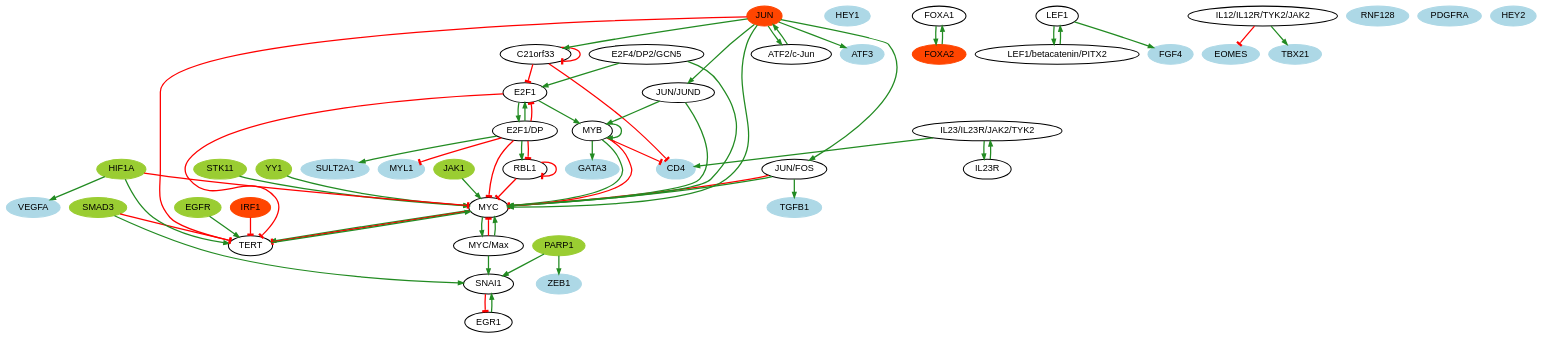
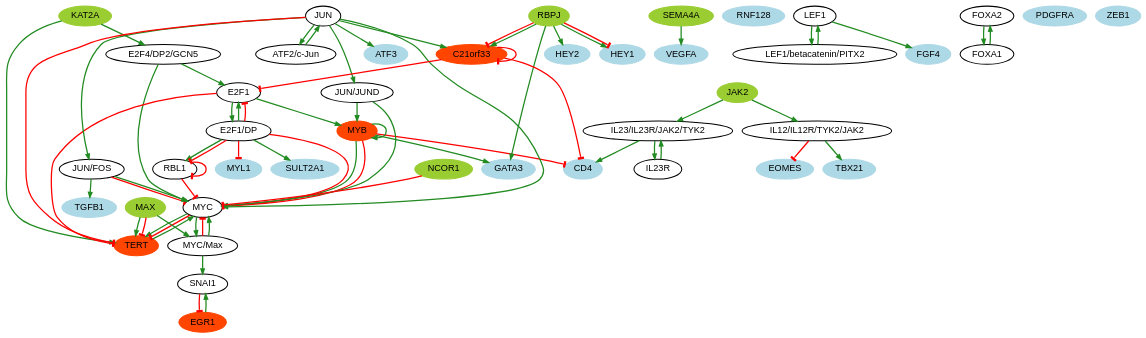
One commit to mathieubolteau/scRNA2BoNI changed the diagram in demo/expected_results/late_TE/pkn-zip.dot. Above: the diagram before and after it, drawn with Graphviz. The commit also changed 64 other files, not shown here.

```diff
--- a/demo/expected_results/late_TE/pkn-zip.dot
+++ b/demo/expected_results/late_TE/pkn-zip.dot
@@ -1,92 +1,87 @@
 digraph  {
+CD4 [color=lightblue, fillcolor=lightblue, fontname=Helvetica, fontsize=18, shape=ellipse, style="filled, bold"];
+SEMA4A [color=olivedrab3, fillcolor=olivedrab3, fontname=Helvetica, fontsize=18, shape=ellipse, style="filled, bold"];
+"ATF2/c-Jun" [color=black, fillcolor=white, fontname=Helvetica, fontsize=18, shape=ellipse, style="filled, bold"];
+TBX21 [color=lightblue, fillcolor=lightblue, fontname=Helvetica, fontsize=18, shape=ellipse, style="filled, bold"];
+"MYC/Max" [color=black, fillcolor=white, fontname=Helvetica, fontsize=18, shape=ellipse, style="filled, bold"];
+MYC [color=black, fillcolor=white, fontname=Helvetica, fontsize=18, shape=ellipse, style="filled, bold"];
+TGFB1 [color=lightblue, fillcolor=lightblue, fontname=Helvetica, fontsize=18, shape=ellipse, style="filled, bold"];
+EGR1 [color=orangered, fillcolor=orangered, fontname=Helvetica, fontsize=18, shape=ellipse, style="filled, bold"];
+HEY2 [color=lightblue, fillcolor=lightblue, fontname=Helvetica, fontsize=18, shape=ellipse, style="filled, bold"];
+GATA3 [color=lightblue, fillcolor=lightblue, fontname=Helvetica, fontsize=18, shape=ellipse, style="filled, bold"];
+KAT2A [color=olivedrab3, fillcolor=olivedrab3, fontname=Helvetica, fontsize=18, shape=ellipse, style="filled, bold"];
+SNAI1 [color=black, fillcolor=white, fontname=Helvetica, fontsize=18, shape=ellipse, style="filled, bold"];
+RBL1 [color=black, fillcolor=white, fontname=Helvetica, fontsize=18, shape=ellipse, style="filled, bold"];
+"JUN/FOS" [color=black, fillcolor=white, fontname=Helvetica, fontsize=18, shape=ellipse, style="filled, bold"];
+RNF128 [color=lightblue, fillcolor=lightblue, fontname=Helvetica, fontsize=18, shape=ellipse, style="filled, bold"];
+MYB [color=orangered, fillcolor=orangered, fontname=Helvetica, fontsize=18, shape=ellipse, style="filled, bold"];
+LEF1 [color=black, fillcolor=white, fontname=Helvetica, fontsize=18, shape=ellipse, style="filled, bold"];
+EOMES [color=lightblue, fillcolor=lightblue, fontname=Helvetica, fontsize=18, shape=ellipse, style="filled, bold"];
+"LEF1/betacatenin/PITX2" [color=black, fillcolor=white, fontname=Helvetica, fontsize=18, shape=ellipse, style="filled, bold"];
+"IL23/IL23R/JAK2/TYK2" [color=black, fillcolor=white, fontname=Helvetica, fontsize=18, shape=ellipse, style="filled, bold"];
+FOXA2 [color=black, fillcolor=white, fontname=Helvetica, fontsize=18, shape=ellipse, style="filled, bold"];
+IL23R [color=black, fillcolor=white, fontname=Helvetica, fontsize=18, shape=ellipse, style="filled, bold"];
+SULT2A1 [color=lightblue, fillcolor=lightblue, fontname=Helvetica, fontsize=18, shape=ellipse, style="filled, bold"];
+TERT [color=orangered, fillcolor=orangered, fontname=Helvetica, fontsize=18, shape=ellipse, style="filled, bold"];
+"IL12/IL12R/TYK2/JAK2" [color=black, fillcolor=white, fontname=Helvetica, fontsize=18, shape=ellipse, style="filled, bold"];
+"E2F4/DP2/GCN5" [color=black, fillcolor=white, fontname=Helvetica, fontsize=18, shape=ellipse, style="filled, bold"];
+ATF3 [color=lightblue, fillcolor=lightblue, fontname=Helvetica, fontsize=18, shape=ellipse, style="filled, bold"];
+HEY1 [color=lightblue, fillcolor=lightblue, fontname=Helvetica, fontsize=18, shape=ellipse, style="filled, bold"];
+MAX [color=olivedrab3, fillcolor=olivedrab3, fontname=Helvetica, fontsize=18, shape=ellipse, style="filled, bold"];
+MYL1 [color=lightblue, fillcolor=lightblue, fontname=Helvetica, fontsize=18, shape=ellipse, style="filled, bold"];
+E2F1 [color=black, fillcolor=white, fontname=Helvetica, fontsize=18, shape=ellipse, style="filled, bold"];
 VEGFA [color=lightblue, fillcolor=lightblue, fontname=Helvetica, fontsize=18, shape=ellipse, style="filled, bold"];
-"JUN/FOS" [color=black, fillcolor=white, fontname=Helvetica, fontsize=18, shape=ellipse, style="filled, bold"];
-IL23R [color=black, fillcolor=white, fontname=Helvetica, fontsize=18, shape=ellipse, style="filled, bold"];
-HEY1 [color=lightblue, fillcolor=lightblue, fontname=Helvetica, fontsize=18, shape=ellipse, style="filled, bold"];
-ATF3 [color=lightblue, fillcolor=lightblue, fontname=Helvetica, fontsize=18, shape=ellipse, style="filled, bold"];
+"E2F1/DP" [color=black, fillcolor=white, fontname=Helvetica, fontsize=18, shape=ellipse, style="filled, bold"];
+"JUN/JUND" [color=black, fillcolor=white, fontname=Helvetica, fontsize=18, shape=ellipse, style="filled, bold"];
 FOXA1 [color=black, fillcolor=white, fontname=Helvetica, fontsize=18, shape=ellipse, style="filled, bold"];
-GATA3 [color=lightblue, fillcolor=lightblue, fontname=Helvetica, fontsize=18, shape=ellipse, style="filled, bold"];
-C21orf33 [color=black, fillcolor=white, fontname=Helvetica, fontsize=18, shape=ellipse, style="filled, bold"];
 FGF4 [color=lightblue, fillcolor=lightblue, fontname=Helvetica, fontsize=18, shape=ellipse, style="filled, bold"];
-EGFR [color=olivedrab3, fillcolor=olivedrab3, fontname=Helvetica, fontsize=18, shape=ellipse, style="filled, bold"];
-"LEF1/betacatenin/PITX2" [color=black, fillcolor=white, fontname=Helvetica, fontsize=18, shape=ellipse, style="filled, bold"];
-STK11 [color=olivedrab3, fillcolor=olivedrab3, fontname=Helvetica, fontsize=18, shape=ellipse, style="filled, bold"];
-MYC [color=black, fillcolor=white, fontname=Helvetica, fontsize=18, shape=ellipse, style="filled, bold"];
-EGR1 [color=black, fillcolor=white, fontname=Helvetica, fontsize=18, shape=ellipse, style="filled, bold"];
-SULT2A1 [color=lightblue, fillcolor=lightblue, fontname=Helvetica, fontsize=18, shape=ellipse, style="filled, bold"];
-SMAD3 [color=olivedrab3, fillcolor=olivedrab3, fontname=Helvetica, fontsize=18, shape=ellipse, style="filled, bold"];
-"IL23/IL23R/JAK2/TYK2" [color=black, fillcolor=white, fontname=Helvetica, fontsize=18, shape=ellipse, style="filled, bold"];
-"IL12/IL12R/TYK2/JAK2" [color=black, fillcolor=white, fontname=Helvetica, fontsize=18, shape=ellipse, style="filled, bold"];
-RNF128 [color=lightblue, fillcolor=lightblue, fontname=Helvetica, fontsize=18, shape=ellipse, style="filled, bold"];
-"MYC/Max" [color=black, fillcolor=white, fontname=Helvetica, fontsize=18, shape=ellipse, style="filled, bold"];
-YY1 [color=olivedrab3, fillcolor=olivedrab3, fontname=Helvetica, fontsize=18, shape=ellipse, style="filled, bold"];
-EOMES [color=lightblue, fillcolor=lightblue, fontname=Helvetica, fontsize=18, shape=ellipse, style="filled, bold"];
-LEF1 [color=black, fillcolor=white, fontname=Helvetica, fontsize=18, shape=ellipse, style="filled, bold"];
-TBX21 [color=lightblue, fillcolor=lightblue, fontname=Helvetica, fontsize=18, shape=ellipse, style="filled, bold"];
-JAK1 [color=olivedrab3, fillcolor=olivedrab3, fontname=Helvetica, fontsize=18, shape=ellipse, style="filled, bold"];
-"E2F4/DP2/GCN5" [color=black, fillcolor=white, fontname=Helvetica, fontsize=18, shape=ellipse, style="filled, bold"];
-CD4 [color=lightblue, fillcolor=lightblue, fontname=Helvetica, fontsize=18, shape=ellipse, style="filled, bold"];
-MYL1 [color=lightblue, fillcolor=lightblue, fontname=Helvetica, fontsize=18, shape=ellipse, style="filled, bold"];
-MYB [color=black, fillcolor=white, fontname=Helvetica, fontsize=18, shape=ellipse, style="filled, bold"];
-IRF1 [color=orangered, fillcolor=orangered, fontname=Helvetica, fontsize=18, shape=ellipse, style="filled, bold"];
-TERT [color=black, fillcolor=white, fontname=Helvetica, fontsize=18, shape=ellipse, style="filled, bold"];
-"ATF2/c-Jun" [color=black, fillcolor=white, fontname=Helvetica, fontsize=18, shape=ellipse, style="filled, bold"];
-E2F1 [color=black, fillcolor=white, fontname=Helvetica, fontsize=18, shape=ellipse, style="filled, bold"];
+JUN [color=black, fillcolor=white, fontname=Helvetica, fontsize=18, shape=ellipse, style="filled, bold"];
+PDGFRA [color=lightblue, fillcolor=lightblue, fontname=Helvetica, fontsize=18, shape=ellipse, style="filled, bold"];
 ZEB1 [color=lightblue, fillcolor=lightblue, fontname=Helvetica, fontsize=18, shape=ellipse, style="filled, bold"];
-PARP1 [color=olivedrab3, fillcolor=olivedrab3, fontname=Helvetica, fontsize=18, shape=ellipse, style="filled, bold"];
-PDGFRA [color=lightblue, fillcolor=lightblue, fontname=Helvetica, fontsize=18, shape=ellipse, style="filled, bold"];
-HEY2 [color=lightblue, fillcolor=lightblue, fontname=Helvetica, fontsize=18, shape=ellipse, style="filled, bold"];
-"E2F1/DP" [color=black, fillcolor=white, fontname=Helvetica, fontsize=18, shape=ellipse, style="filled, bold"];
-HIF1A [color=olivedrab3, fillcolor=olivedrab3, fontname=Helvetica, fontsize=18, shape=ellipse, style="filled, bold"];
-RBL1 [color=black, fillcolor=white, fontname=Helvetica, fontsize=18, shape=ellipse, style="filled, bold"];
-JUN [color=orangered, fillcolor=orangered, fontname=Helvetica, fontsize=18, shape=ellipse, style="filled, bold"];
-SNAI1 [color=black, fillcolor=white, fontname=Helvetica, fontsize=18, shape=ellipse, style="filled, bold"];
-TGFB1 [color=lightblue, fillcolor=lightblue, fontname=Helvetica, fontsize=18, shape=ellipse, style="filled, bold"];
-FOXA2 [color=orangered, fillcolor=orangered, fontname=Helvetica, fontsize=18, shape=ellipse, style="filled, bold"];
-"JUN/JUND" [color=black, fillcolor=white, fontname=Helvetica, fontsize=18, shape=ellipse, style="filled, bold"];
-"JUN/FOS" -> TGFB1  [arrowhead=normal, color=forestgreen, dir=forward, key=0, penwidth="2.5", sign=1];
-"JUN/FOS" -> MYC  [arrowhead=tee, color=red, dir=forward, key=0, penwidth="2.5", sign="-1"];
-"JUN/FOS" -> MYC  [arrowhead=normal, color=forestgreen, dir=forward, key=1, penwidth="2.5", sign=1];
-IL23R -> "IL23/IL23R/JAK2/TYK2"  [arrowhead=normal, color=forestgreen, dir=forward, key=0, penwidth="2.5", sign=1];
-FOXA1 -> FOXA2  [arrowhead=normal, color=forestgreen, dir=forward, key=0, penwidth="2.5", sign=1];
-C21orf33 -> C21orf33  [arrowhead=tee, color=red, dir=forward, key=0, penwidth="2.5", sign="-1"];
-C21orf33 -> E2F1  [arrowhead=tee, color=red, dir=forward, key=0, penwidth="2.5", sign="-1"];
-C21orf33 -> CD4  [arrowhead=tee, color=red, dir=forward, key=0, penwidth="2.5", sign="-1"];
-EGFR -> TERT  [arrowhead=normal, color=forestgreen, dir=forward, key=0, penwidth="2.5", sign=1];
-"LEF1/betacatenin/PITX2" -> LEF1  [arrowhead=normal, color=forestgreen, dir=forward, key=0, penwidth="2.5", sign=1];
-STK11 -> MYC  [arrowhead=normal, color=forestgreen, dir=forward, key=0, penwidth="2.5", sign=1];
+NCOR1 [color=olivedrab3, fillcolor=olivedrab3, fontname=Helvetica, fontsize=18, shape=ellipse, style="filled, bold"];
+JAK2 [color=olivedrab3, fillcolor=olivedrab3, fontname=Helvetica, fontsize=18, shape=ellipse, style="filled, bold"];
+RBPJ [color=olivedrab3, fillcolor=olivedrab3, fontname=Helvetica, fontsize=18, shape=ellipse, style="filled, bold"];
+C21orf33 [color=orangered, fillcolor=orangered, fontname=Helvetica, fontsize=18, shape=ellipse, style="filled, bold"];
+SEMA4A -> VEGFA  [arrowhead=normal, color=forestgreen, dir=forward, key=0, penwidth="2.5", sign=1];
+"ATF2/c-Jun" -> JUN  [arrowhead=normal, color=forestgreen, dir=forward, key=0, penwidth="2.5", sign=1];
+"MYC/Max" -> SNAI1  [arrowhead=normal, color=forestgreen, dir=forward, key=0, penwidth="2.5", sign=1];
+"MYC/Max" -> MYC  [arrowhead=tee, color=red, dir=forward, key=0, penwidth="2.5", sign="-1"];
+"MYC/Max" -> MYC  [arrowhead=normal, color=forestgreen, dir=forward, key=1, penwidth="2.5", sign=1];
 MYC -> "MYC/Max"  [arrowhead=normal, color=forestgreen, dir=forward, key=0, penwidth="2.5", sign=1];
 MYC -> TERT  [arrowhead=normal, color=forestgreen, dir=forward, key=0, penwidth="2.5", sign=1];
 MYC -> TERT  [arrowhead=tee, color=red, dir=forward, key=1, penwidth="2.5", sign="-1"];
 EGR1 -> SNAI1  [arrowhead=normal, color=forestgreen, dir=forward, key=0, penwidth="2.5", sign=1];
-SMAD3 -> SNAI1  [arrowhead=normal, color=forestgreen, dir=forward, key=0, penwidth="2.5", sign=1];
-SMAD3 -> TERT  [arrowhead=tee, color=red, dir=forward, key=0, penwidth="2.5", sign="-1"];
-"IL23/IL23R/JAK2/TYK2" -> CD4  [arrowhead=normal, color=forestgreen, dir=forward, key=0, penwidth="2.5", sign=1];
-"IL23/IL23R/JAK2/TYK2" -> IL23R  [arrowhead=normal, color=forestgreen, dir=forward, key=0, penwidth="2.5", sign=1];
-"IL12/IL12R/TYK2/JAK2" -> TBX21  [arrowhead=normal, color=forestgreen, dir=forward, key=0, penwidth="2.5", sign=1];
-"IL12/IL12R/TYK2/JAK2" -> EOMES  [arrowhead=tee, color=red, dir=forward, key=0, penwidth="2.5", sign="-1"];
-"MYC/Max" -> SNAI1  [arrowhead=normal, color=forestgreen, dir=forward, key=0, penwidth="2.5", sign=1];
-"MYC/Max" -> MYC  [arrowhead=tee, color=red, dir=forward, key=0, penwidth="2.5", sign="-1"];
-"MYC/Max" -> MYC  [arrowhead=normal, color=forestgreen, dir=forward, key=1, penwidth="2.5", sign=1];
-YY1 -> MYC  [arrowhead=normal, color=forestgreen, dir=forward, key=0, penwidth="2.5", sign=1];
-LEF1 -> "LEF1/betacatenin/PITX2"  [arrowhead=normal, color=forestgreen, dir=forward, key=0, penwidth="2.5", sign=1];
-LEF1 -> FGF4  [arrowhead=normal, color=forestgreen, dir=forward, key=0, penwidth="2.5", sign=1];
-JAK1 -> MYC  [arrowhead=normal, color=forestgreen, dir=forward, key=0, penwidth="2.5", sign=1];
-"E2F4/DP2/GCN5" -> MYC  [arrowhead=normal, color=forestgreen, dir=forward, key=0, penwidth="2.5", sign=1];
-"E2F4/DP2/GCN5" -> E2F1  [arrowhead=normal, color=forestgreen, dir=forward, key=0, penwidth="2.5", sign=1];
+KAT2A -> "E2F4/DP2/GCN5"  [arrowhead=normal, color=forestgreen, dir=forward, key=0, penwidth="2.5", sign=1];
+KAT2A -> TERT  [arrowhead=normal, color=forestgreen, dir=forward, key=0, penwidth="2.5", sign=1];
+SNAI1 -> EGR1  [arrowhead=tee, color=red, dir=forward, key=0, penwidth="2.5", sign="-1"];
+RBL1 -> MYC  [arrowhead=tee, color=red, dir=forward, key=0, penwidth="2.5", sign="-1"];
+RBL1 -> RBL1  [arrowhead=tee, color=red, dir=forward, key=0, penwidth="2.5", sign="-1"];
+"JUN/FOS" -> TGFB1  [arrowhead=normal, color=forestgreen, dir=forward, key=0, penwidth="2.5", sign=1];
+"JUN/FOS" -> MYC  [arrowhead=tee, color=red, dir=forward, key=0, penwidth="2.5", sign="-1"];
+"JUN/FOS" -> MYC  [arrowhead=normal, color=forestgreen, dir=forward, key=1, penwidth="2.5", sign=1];
 MYB -> GATA3  [arrowhead=normal, color=forestgreen, dir=forward, key=0, penwidth="2.5", sign=1];
 MYB -> MYB  [arrowhead=normal, color=forestgreen, dir=forward, key=0, penwidth="2.5", sign=1];
 MYB -> MYC  [arrowhead=normal, color=forestgreen, dir=forward, key=0, penwidth="2.5", sign=1];
 MYB -> MYC  [arrowhead=tee, color=red, dir=forward, key=1, penwidth="2.5", sign="-1"];
 MYB -> CD4  [arrowhead=tee, color=red, dir=forward, key=0, penwidth="2.5", sign="-1"];
-IRF1 -> TERT  [arrowhead=tee, color=red, dir=forward, key=0, penwidth="2.5", sign="-1"];
+LEF1 -> "LEF1/betacatenin/PITX2"  [arrowhead=normal, color=forestgreen, dir=forward, key=0, penwidth="2.5", sign=1];
+LEF1 -> FGF4  [arrowhead=normal, color=forestgreen, dir=forward, key=0, penwidth="2.5", sign=1];
+"LEF1/betacatenin/PITX2" -> LEF1  [arrowhead=normal, color=forestgreen, dir=forward, key=0, penwidth="2.5", sign=1];
+"IL23/IL23R/JAK2/TYK2" -> CD4  [arrowhead=normal, color=forestgreen, dir=forward, key=0, penwidth="2.5", sign=1];
+"IL23/IL23R/JAK2/TYK2" -> IL23R  [arrowhead=normal, color=forestgreen, dir=forward, key=0, penwidth="2.5", sign=1];
+FOXA2 -> FOXA1  [arrowhead=normal, color=forestgreen, dir=forward, key=0, penwidth="2.5", sign=1];
+IL23R -> "IL23/IL23R/JAK2/TYK2"  [arrowhead=normal, color=forestgreen, dir=forward, key=0, penwidth="2.5", sign=1];
 TERT -> MYC  [arrowhead=normal, color=forestgreen, dir=forward, key=0, penwidth="2.5", sign=1];
-"ATF2/c-Jun" -> JUN  [arrowhead=normal, color=forestgreen, dir=forward, key=0, penwidth="2.5", sign=1];
+"IL12/IL12R/TYK2/JAK2" -> TBX21  [arrowhead=normal, color=forestgreen, dir=forward, key=0, penwidth="2.5", sign=1];
+"IL12/IL12R/TYK2/JAK2" -> EOMES  [arrowhead=tee, color=red, dir=forward, key=0, penwidth="2.5", sign="-1"];
+"E2F4/DP2/GCN5" -> MYC  [arrowhead=normal, color=forestgreen, dir=forward, key=0, penwidth="2.5", sign=1];
+"E2F4/DP2/GCN5" -> E2F1  [arrowhead=normal, color=forestgreen, dir=forward, key=0, penwidth="2.5", sign=1];
+MAX -> "MYC/Max"  [arrowhead=normal, color=forestgreen, dir=forward, key=0, penwidth="2.5", sign=1];
+MAX -> TERT  [arrowhead=normal, color=forestgreen, dir=forward, key=0, penwidth="2.5", sign=1];
+MAX -> TERT  [arrowhead=tee, color=red, dir=forward, key=1, penwidth="2.5", sign="-1"];
 E2F1 -> "E2F1/DP"  [arrowhead=normal, color=forestgreen, dir=forward, key=0, penwidth="2.5", sign=1];
 E2F1 -> MYB  [arrowhead=normal, color=forestgreen, dir=forward, key=0, penwidth="2.5", sign=1];
 E2F1 -> TERT  [arrowhead=tee, color=red, dir=forward, key=0, penwidth="2.5", sign="-1"];
-PARP1 -> ZEB1  [arrowhead=normal, color=forestgreen, dir=forward, key=0, penwidth="2.5", sign=1];
-PARP1 -> SNAI1  [arrowhead=normal, color=forestgreen, dir=forward, key=0, penwidth="2.5", sign=1];
 "E2F1/DP" -> SULT2A1  [arrowhead=normal, color=forestgreen, dir=forward, key=0, penwidth="2.5", sign=1];
 "E2F1/DP" -> E2F1  [arrowhead=normal, color=forestgreen, dir=forward, key=0, penwidth="2.5", sign=1];
 "E2F1/DP" -> E2F1  [arrowhead=tee, color=red, dir=forward, key=1, penwidth="2.5", sign="-1"];
@@ -94,11 +89,9 @@
 "E2F1/DP" -> RBL1  [arrowhead=tee, color=red, dir=forward, key=1, penwidth="2.5", sign="-1"];
 "E2F1/DP" -> MYL1  [arrowhead=tee, color=red, dir=forward, key=0, penwidth="2.5", sign="-1"];
 "E2F1/DP" -> MYC  [arrowhead=tee, color=red, dir=forward, key=0, penwidth="2.5", sign="-1"];
-HIF1A -> TERT  [arrowhead=normal, color=forestgreen, dir=forward, key=0, penwidth="2.5", sign=1];
-HIF1A -> MYC  [arrowhead=tee, color=red, dir=forward, key=0, penwidth="2.5", sign="-1"];
-HIF1A -> VEGFA  [arrowhead=normal, color=forestgreen, dir=forward, key=0, penwidth="2.5", sign=1];
-RBL1 -> MYC  [arrowhead=tee, color=red, dir=forward, key=0, penwidth="2.5", sign="-1"];
-RBL1 -> RBL1  [arrowhead=tee, color=red, dir=forward, key=0, penwidth="2.5", sign="-1"];
+"JUN/JUND" -> MYB  [arrowhead=normal, color=forestgreen, dir=forward, key=0, penwidth="2.5", sign=1];
+"JUN/JUND" -> MYC  [arrowhead=normal, color=forestgreen, dir=forward, key=0, penwidth="2.5", sign=1];
+FOXA1 -> FOXA2  [arrowhead=normal, color=forestgreen, dir=forward, key=0, penwidth="2.5", sign=1];
 JUN -> "JUN/JUND"  [arrowhead=normal, color=forestgreen, dir=forward, key=0, penwidth="2.5", sign=1];
 JUN -> "JUN/FOS"  [arrowhead=normal, color=forestgreen, dir=forward, key=0, penwidth="2.5", sign=1];
 JUN -> TERT  [arrowhead=tee, color=red, dir=forward, key=0, penwidth="2.5", sign="-1"];
@@ -106,8 +99,16 @@
 JUN -> C21orf33  [arrowhead=normal, color=forestgreen, dir=forward, key=0, penwidth="2.5", sign=1];
 JUN -> ATF3  [arrowhead=normal, color=forestgreen, dir=forward, key=0, penwidth="2.5", sign=1];
 JUN -> MYC  [arrowhead=normal, color=forestgreen, dir=forward, key=0, penwidth="2.5", sign=1];
-SNAI1 -> EGR1  [arrowhead=tee, color=red, dir=forward, key=0, penwidth="2.5", sign="-1"];
-FOXA2 -> FOXA1  [arrowhead=normal, color=forestgreen, dir=forward, key=0, penwidth="2.5", sign=1];
-"JUN/JUND" -> MYB  [arrowhead=normal, color=forestgreen, dir=forward, key=0, penwidth="2.5", sign=1];
-"JUN/JUND" -> MYC  [arrowhead=normal, color=forestgreen, dir=forward, key=0, penwidth="2.5", sign=1];
+NCOR1 -> MYC  [arrowhead=tee, color=red, dir=forward, key=0, penwidth="2.5", sign="-1"];
+JAK2 -> "IL23/IL23R/JAK2/TYK2"  [arrowhead=normal, color=forestgreen, dir=forward, key=0, penwidth="2.5", sign=1];
+JAK2 -> "IL12/IL12R/TYK2/JAK2"  [arrowhead=normal, color=forestgreen, dir=forward, key=0, penwidth="2.5", sign=1];
+RBPJ -> C21orf33  [arrowhead=tee, color=red, dir=forward, key=0, penwidth="2.5", sign="-1"];
+RBPJ -> C21orf33  [arrowhead=normal, color=forestgreen, dir=forward, key=1, penwidth="2.5", sign=1];
+RBPJ -> HEY1  [arrowhead=normal, color=forestgreen, dir=forward, key=0, penwidth="2.5", sign=1];
+RBPJ -> HEY1  [arrowhead=tee, color=red, dir=forward, key=1, penwidth="2.5", sign="-1"];
+RBPJ -> HEY2  [arrowhead=normal, color=forestgreen, dir=forward, key=0, penwidth="2.5", sign=1];
+RBPJ -> GATA3  [arrowhead=normal, color=forestgreen, dir=forward, key=0, penwidth="2.5", sign=1];
+C21orf33 -> C21orf33  [arrowhead=tee, color=red, dir=forward, key=0, penwidth="2.5", sign="-1"];
+C21orf33 -> E2F1  [arrowhead=tee, color=red, dir=forward, key=0, penwidth="2.5", sign="-1"];
+C21orf33 -> CD4  [arrowhead=tee, color=red, dir=forward, key=0, penwidth="2.5", sign="-1"];
 }
```
